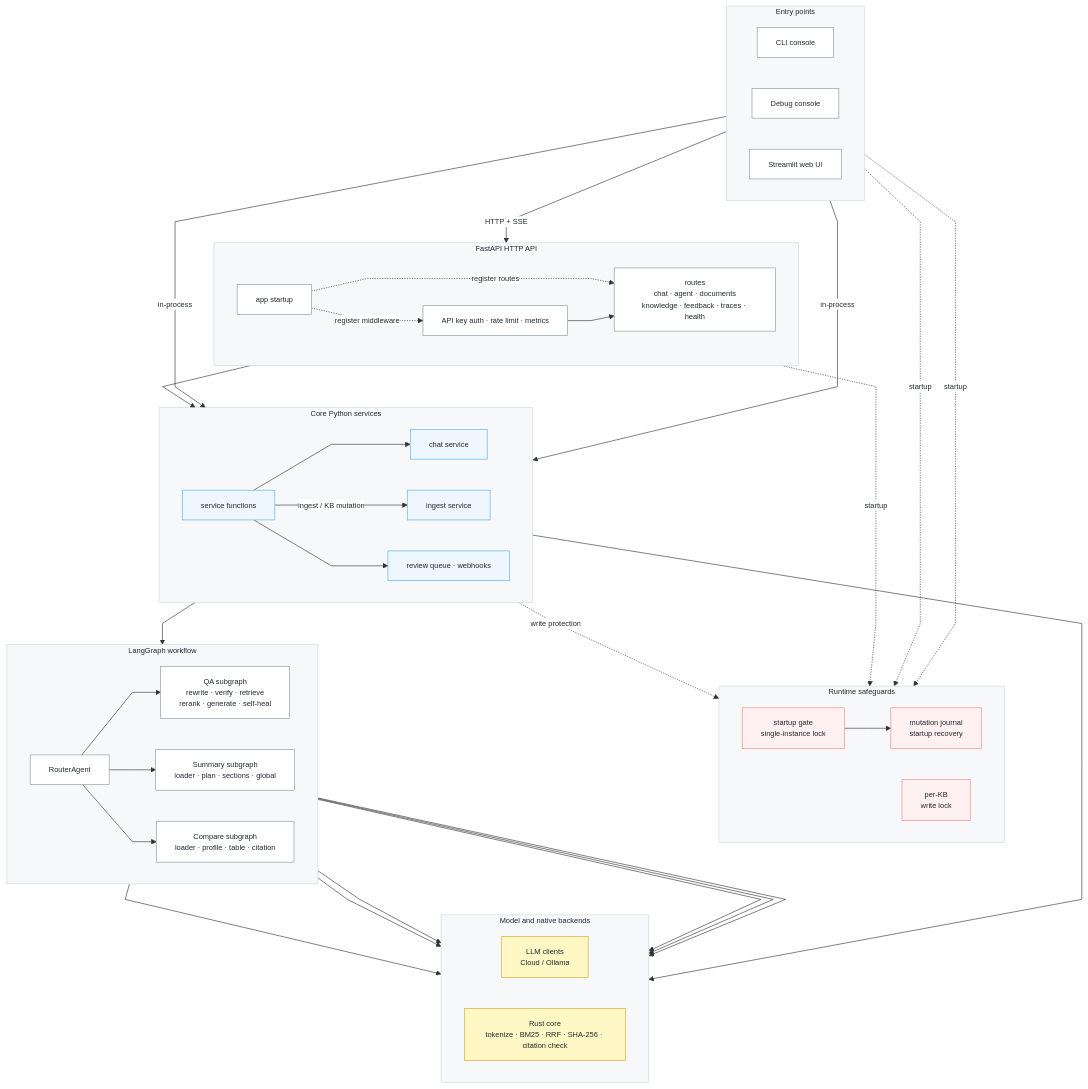
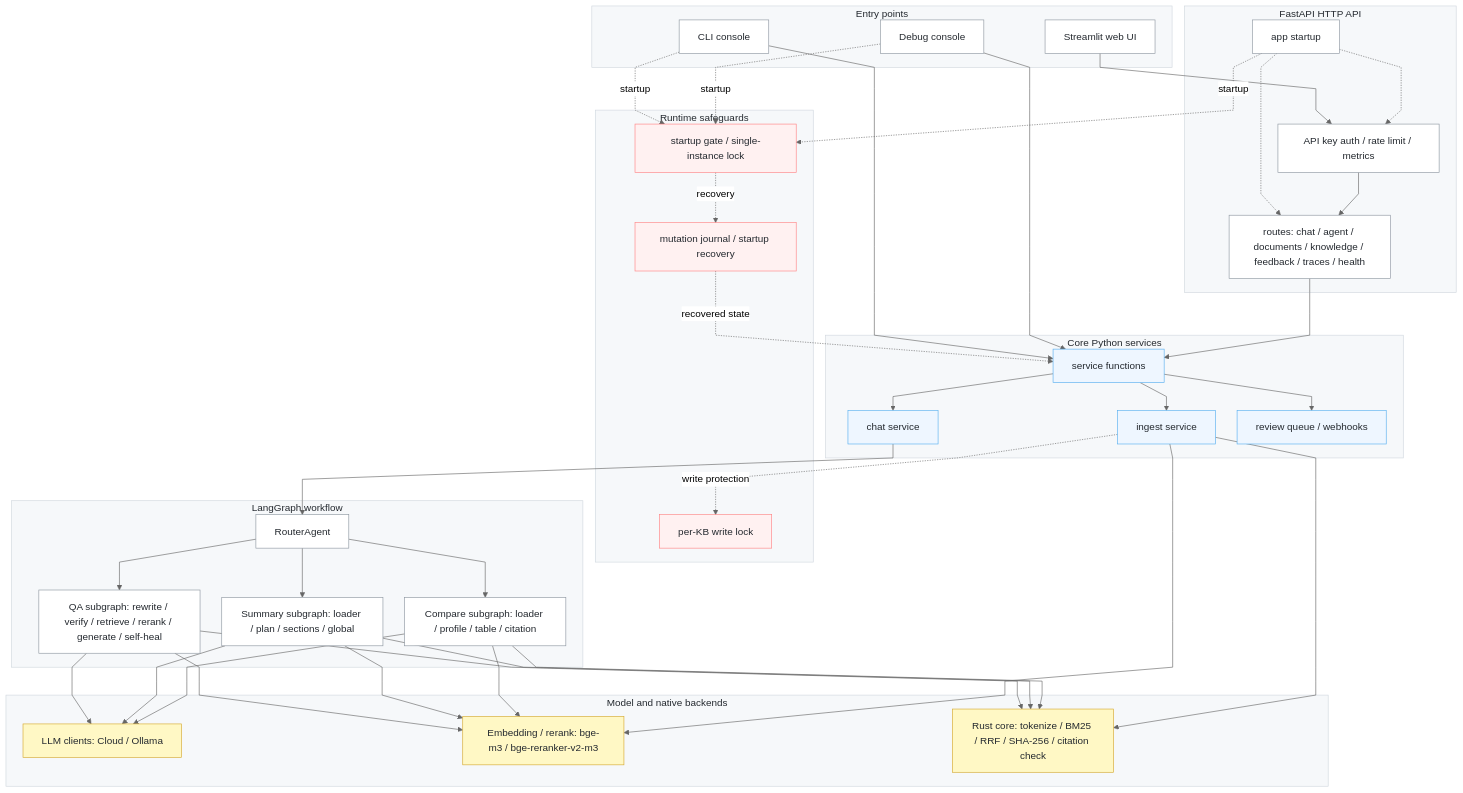
Before and after one commit to insygna-research/census-jikongabc-CogDoc: the first of 4 diagrams in README.md, drawn with Mermaid. The commit also changed other lines of this file and 1 other file, not shown here.

````diff
--- a/README.md
+++ b/README.md
@@ -169,79 +169,84 @@
 ```mermaid
-%%{init: {"theme":"base","htmlLabels":true,"flowchart":{"curve":"linear","nodeSpacing":50,"rankSpacing":50,"padding":15,"useMaxWidth":true},"themeVariables":{"fontSize":"12px","fontFamily":"Times New Roman, Times, serif","clusterBkg":"#f6f8fa","clusterBorder":"#d0d7de","lineColor":"#333333","primaryColor":"#ffffff","primaryBorderColor":"#8c959f","primaryTextColor":"#24292f"}}}%%
-flowchart TB
+%%{init: {"theme":"neutral","flowchart":{"curve":"linear","nodeSpacing":35,"rankSpacing":45}}}%%
+flowchart TD
     classDef node fill:#ffffff,stroke:#8c959f,stroke-width:1px,color:#24292f
     classDef core fill:#eef6ff,stroke:#54aeef,stroke-width:1px,color:#24292f
     classDef guard fill:#fff1f1,stroke:#ff8182,stroke-width:1px,color:#24292f
     classDef native fill:#fff8c5,stroke:#d4a72c,stroke-width:1px,color:#24292f
+
     subgraph ENTRY["Entry points"]
-        direction LR
         CLI["CLI console"]
         DEBUG["Debug console"]
         WEB["Streamlit web UI"]
     end
 
     subgraph HTTP["FastAPI HTTP API"]
-        direction LR
         APISTART["app startup"]
-        ACCESS["API key auth · rate limit · metrics"]
-        ROUTES["routes<br/>chat · agent · documents<br/>knowledge · feedback · traces · health"]
-        APISTART -. register middleware .-> ACCESS
-        APISTART -. register routes .-> ROUTES
-        ACCESS --> ROUTES
+        ACCESS["API key auth / rate limit / metrics"]
+        ROUTES["routes: chat / agent / documents / knowledge / feedback / traces / health"]
     end
 
     subgraph CORE["Core Python services"]
-        direction LR
         SERVICE["service functions"]
         CHAT["chat service"]
         INGEST["ingest service"]
-        REVIEW["review queue · webhooks"]
-        SERVICE --> CHAT
-        SERVICE -->|"ingest / KB mutation"| INGEST
-        SERVICE --> REVIEW
+        REVIEW["review queue / webhooks"]
     end
 
     subgraph SAFETY["Runtime safeguards"]
-        direction LR
-        PROCLOCK["startup gate<br/>single-instance lock"]
-        JOURNAL["mutation journal<br/>startup recovery"]
-        KBLOCK["per-KB<br/>write lock"]
-        PROCLOCK --> JOURNAL
+        PROCLOCK["startup gate / single-instance lock"]
+        JOURNAL["mutation journal / startup recovery"]
+        KBLOCK["per-KB write lock"]
     end
 
     subgraph GRAPH["LangGraph workflow"]
-        direction LR
         ROUTER["RouterAgent"]
-        QA["QA subgraph<br/>rewrite · verify · retrieve<br/>rerank · generate · self-heal"]
-        SUMMARY["Summary subgraph<br/>loader · plan · sections · global"]
-        COMPARE["Compare subgraph<br/>loader · profile · table · citation"]
-        ROUTER --> QA
-        ROUTER --> SUMMARY
-        ROUTER --> COMPARE
+        QA["QA subgraph: rewrite / verify / retrieve / rerank / generate / self-heal"]
+        SUMMARY["Summary subgraph: loader / plan / sections / global"]
+        COMPARE["Compare subgraph: loader / profile / table / citation"]
     end
 
     subgraph BACKENDS["Model and native backends"]
-        direction LR
-        LLM["LLM clients<br/>Cloud / Ollama"]
-        RUST["Rust core<br/>tokenize · BM25 · RRF · SHA-256 · citation check"]
+        LLM["LLM clients: Cloud / Ollama"]
+        EMB["Embedding / rerank: bge-m3 / bge-reranker-v2-m3"]
+        RUST["Rust core: tokenize / BM25 / RRF / SHA-256 / citation check"]
     end
 
-    CLI -->|"in-process"| SERVICE
-    DEBUG -->|"in-process"| SERVICE
-    WEB -->|"HTTP + SSE"| ACCESS
+    CLI --> SERVICE
+    DEBUG --> SERVICE
+    WEB --> ACCESS
+    APISTART -.-> ACCESS
+    APISTART -.-> ROUTES
+    ACCESS --> ROUTES
     ROUTES --> SERVICE
-    CLI -. startup .-> PROCLOCK
-    DEBUG -. startup .-> PROCLOCK
-    APISTART -. startup .-> PROCLOCK
-    INGEST -. write protection .-> KBLOCK
+
+    SERVICE --> CHAT
+    SERVICE --> INGEST
+    SERVICE --> REVIEW
+
     CHAT --> ROUTER
-    INGEST --> RUST
+    ROUTER --> QA
+    ROUTER --> SUMMARY
+    ROUTER --> COMPARE
+
     QA --> LLM
     SUMMARY --> LLM
     COMPARE --> LLM
     QA --> RUST
     SUMMARY --> RUST
     COMPARE --> RUST
+    QA --> EMB
+    SUMMARY --> EMB
+    COMPARE --> EMB
+    INGEST --> RUST
+    INGEST --> EMB
+
+    CLI -. startup .-> PROCLOCK
+    DEBUG -. startup .-> PROCLOCK
+    APISTART -. startup .-> PROCLOCK
+    PROCLOCK -. recovery .-> JOURNAL
+    JOURNAL -. recovered state .-> SERVICE
+    INGEST -. write protection .-> KBLOCK
 
     style ENTRY fill:#f6f8fa,stroke:#d0d7de,stroke-width:1px,color:#24292f
     style HTTP fill:#f6f8fa,stroke:#d0d7de,stroke-width:1px,color:#24292f
@@ -249,8 +254,8 @@
     style SAFETY fill:#f6f8fa,stroke:#d0d7de,stroke-width:1px,color:#24292f
     style GRAPH fill:#f6f8fa,stroke:#d0d7de,stroke-width:1px,color:#24292f
     style BACKENDS fill:#f6f8fa,stroke:#d0d7de,stroke-width:1px,color:#24292f
-    class CLI,DEBUG,WEB,APISTART,ROUTES,ACCESS,SERVICE,CHAT,INGEST,REVIEW,ROUTER,QA,SUMMARY,COMPARE node
+    class CLI,DEBUG,WEB,APISTART,ROUTES,ACCESS,ROUTER,QA,SUMMARY,COMPARE node
     class SERVICE,CHAT,INGEST,REVIEW core
     class PROCLOCK,JOURNAL,KBLOCK guard
-    class LLM,RUST native
+    class LLM,RUST,EMB native
 ```
````
